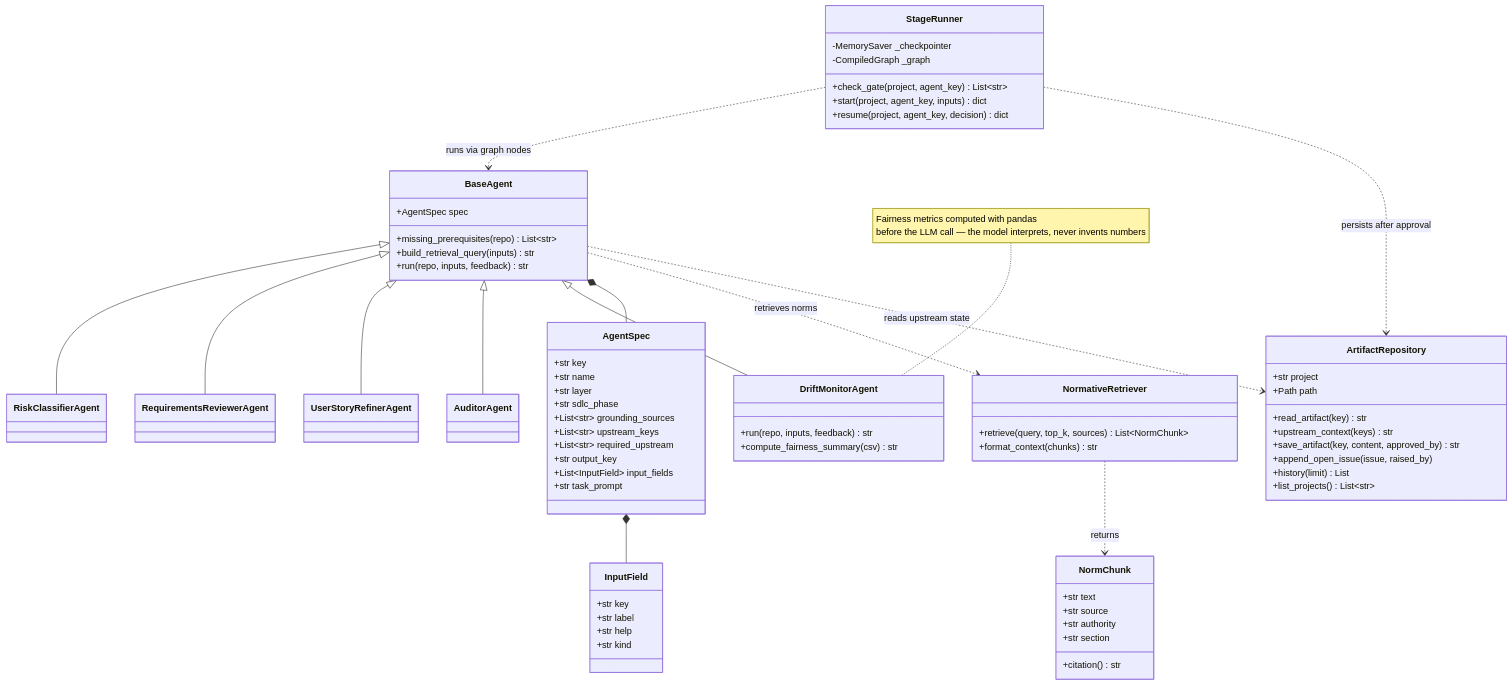
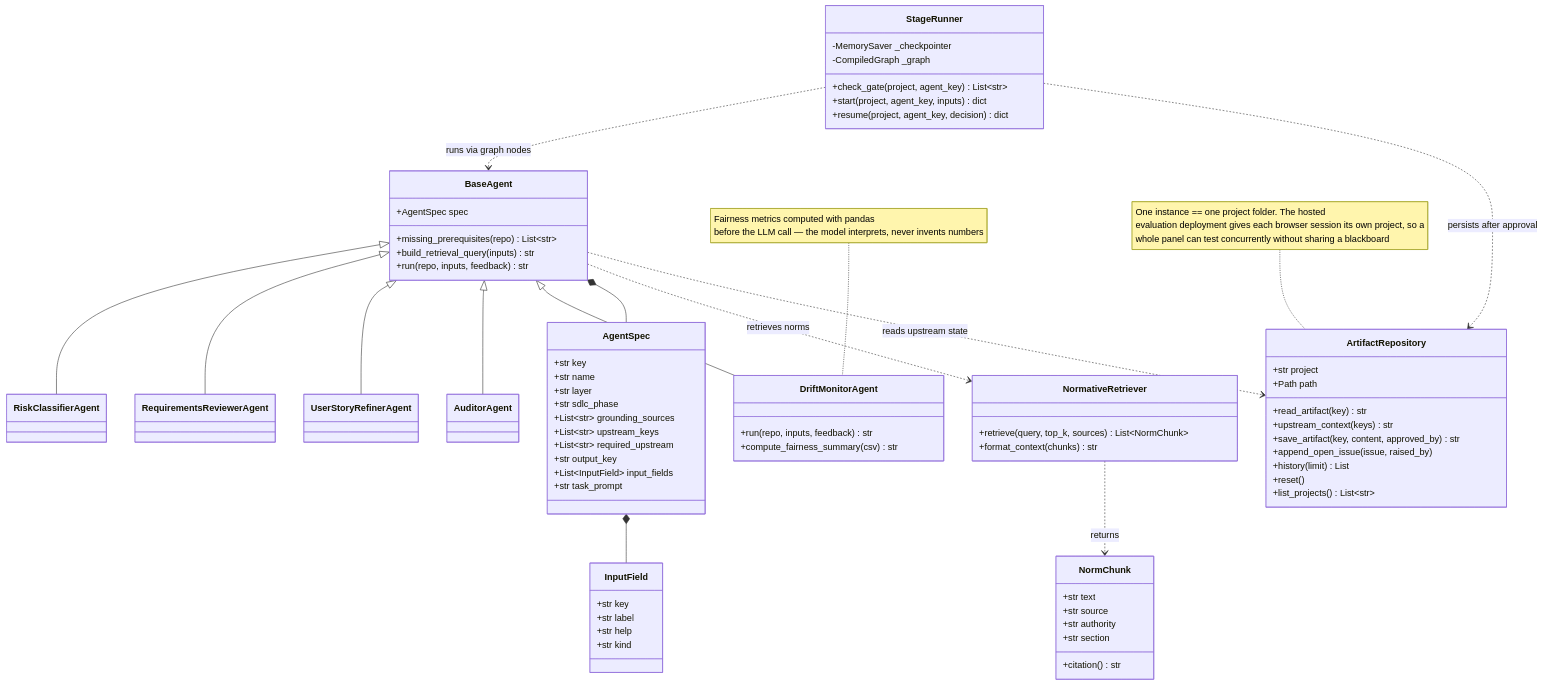
One commit to DiogoCampanha/raia changed the second of 4 diagrams in docs/architecture.md. Above: the diagram before and after it, drawn with Mermaid. The commit also changed 8 other files, not shown here.

```diff
--- a/docs/architecture.md
+++ b/docs/architecture.md
@@ -116,8 +116,13 @@
         +save_artifact(key, content, approved_by) str
         +append_open_issue(issue, raised_by)
         +history(limit) List
+        +reset()
         +list_projects() List~str~
     }
+    note for ArtifactRepository "One instance == one project folder. The hosted
+    evaluation deployment gives each browser session its own project, so a
+    whole panel can test concurrently without sharing a blackboard"
+
 
     class NormativeRetriever {
         +retrieve(query, top_k, sources) List~NormChunk~
```
